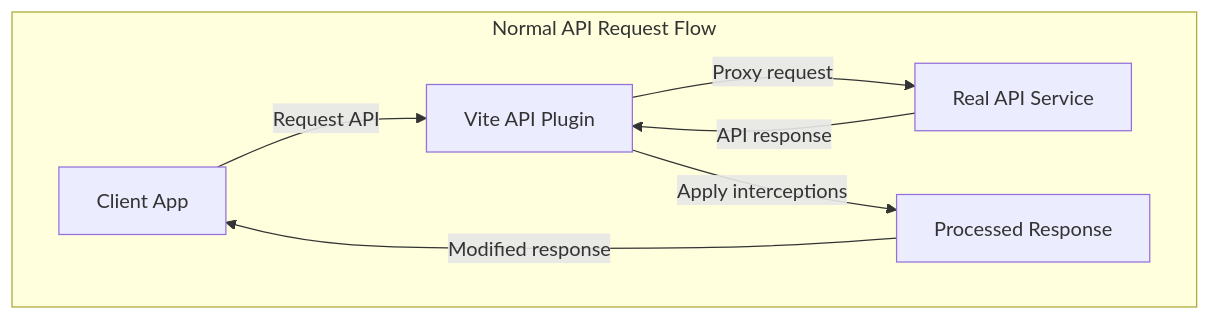
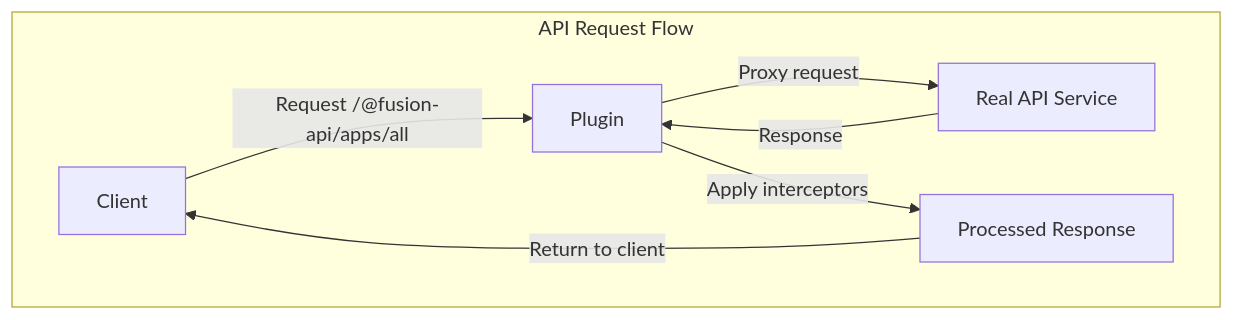
Before and after one commit to equinor/fusion-framework: the second of 3 diagrams in packages/vite-plugins/api-service/README.md, drawn with Mermaid. The commit also changed other lines of this file and 7 other files, not shown here.

Commit message:
docs(vite-plugin-api-service): hone TSDoc and README documentation

````diff
--- a/packages/vite-plugins/api-service/README.md
+++ b/packages/vite-plugins/api-service/README.md
@@ -62,10 +84,10 @@
 ```mermaid
 flowchart TD
-    subgraph "Normal API Request Flow"
-        API1[Client App] -->| Request API| API2[Vite API Plugin]
-        API2 -->| Proxy request| API4[Real API Service]
-        API4 -->| API response| API2
-        API2 -->| Apply interceptions| API5[Processed Response]
-        API5 -->| Modified response| API1
+    subgraph "API Request Flow"
+        API1[Client] -->|Request /@fusion-api/apps/all| API2[Plugin]
+        API2 -->|Proxy request| API3[Real API Service]
+        API3 -->|Response| API2
+        API2 -->|Apply interceptors| API4[Processed Response]
+        API4 -->|Return to client| API1
     end
 ```
````
